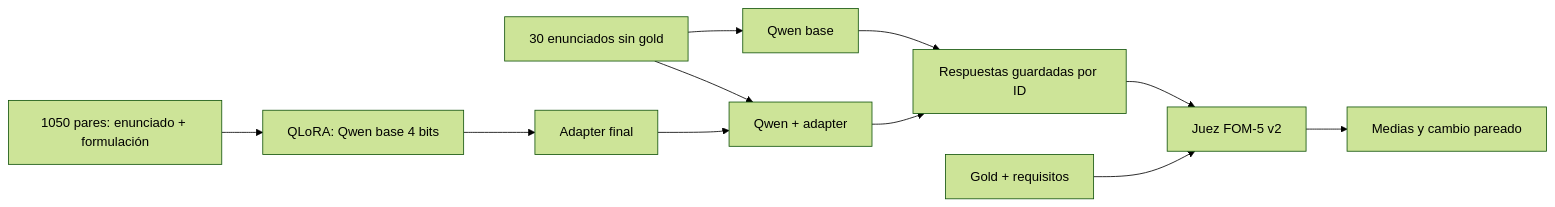
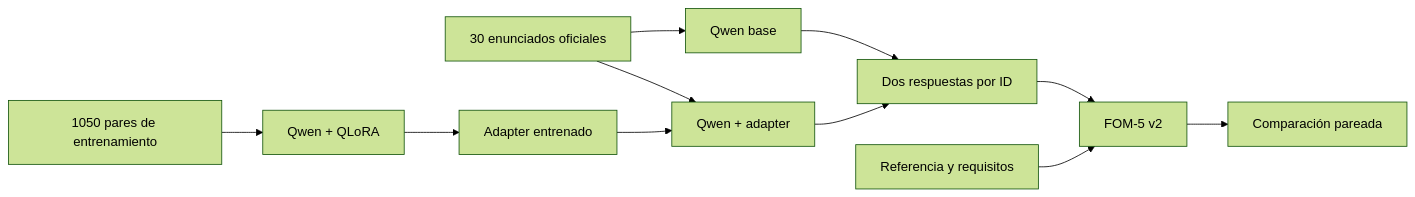
One commit to Jose21531/GenAI-Optimization changed the diagram in Deliverable 2/README.md. Above: the diagram before and after it, drawn with Mermaid (forest theme). The commit also changed other lines of this file and 45 other files, not shown here.

````diff
--- a/Deliverable 2/README.md
+++ b/Deliverable 2/README.md
@@ -15,13 +11,13 @@
 ```mermaid
 flowchart LR
-    A[1050 pares: enunciado + formulación] --> B[QLoRA: Qwen base 4 bits]
-    B --> C[Adapter final]
-    D[30 enunciados sin gold] --> E[Qwen base]
+    A[1050 pares de entrenamiento] --> B[Qwen + QLoRA]
+    B --> C[Adapter entrenado]
+    D[30 enunciados oficiales] --> E[Qwen base]
     D --> F[Qwen + adapter]
     C --> F
-    E --> G[Respuestas guardadas por ID]
+    E --> G[Dos respuestas por ID]
     F --> G
-    G --> H[Juez FOM-5 v2]
-    I[Gold + requisitos] --> H
-    H --> J[Medias y cambio pareado]
+    G --> H[FOM-5 v2]
+    I[Referencia y requisitos] --> H
+    H --> J[Comparación pareada]
 ```
````
